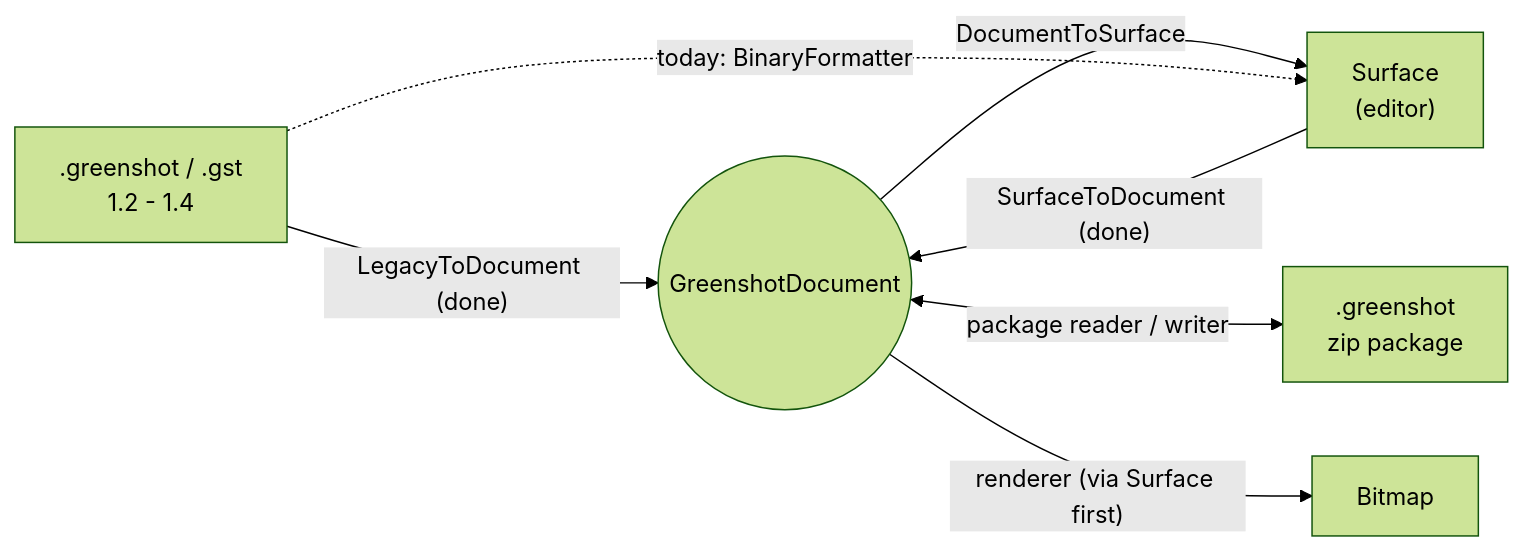
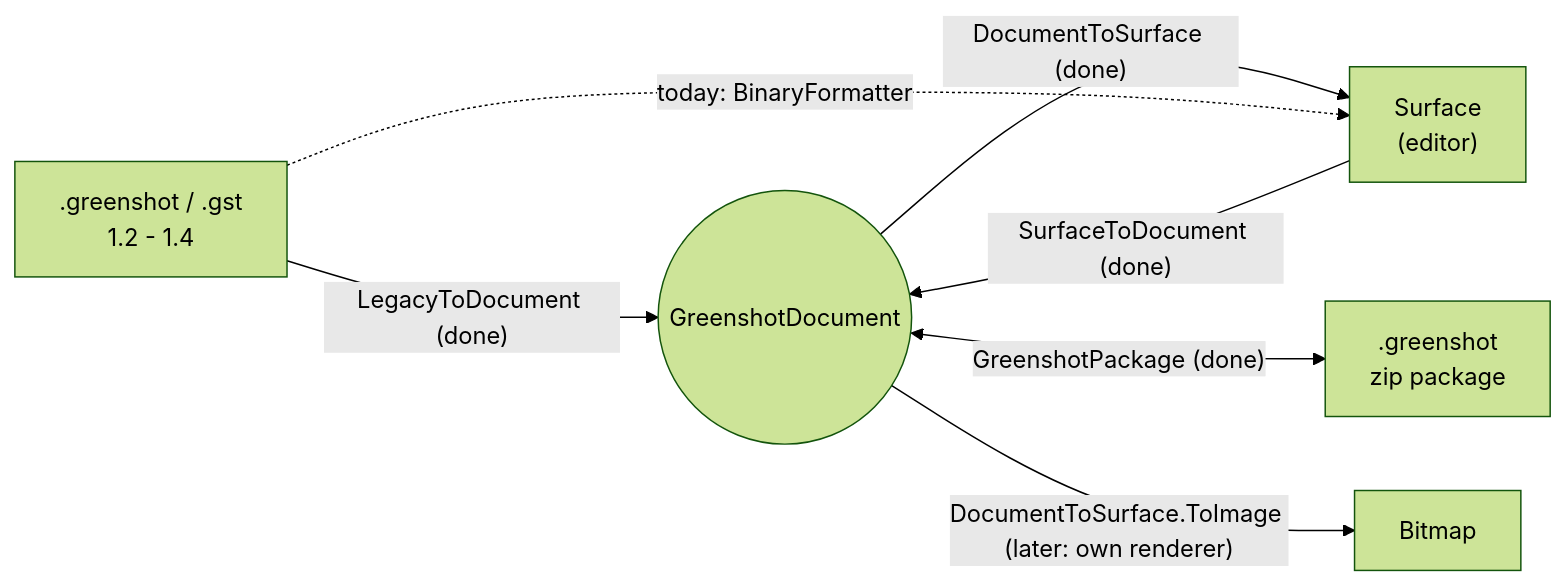
One commit to greenshot/greenshot changed the fifth of 5 diagrams in docs/document-model.md. Above: the diagram before and after it, drawn with Mermaid (forest theme). The commit also changed other lines of this file and 9 other files, not shown here.

First line of the commit message:
Write and read the document as a zip package, and map it back to a Surface

````diff
--- a/docs/document-model.md
+++ b/docs/document-model.md
@@ -175,15 +177,15 @@
 ```mermaid
 flowchart LR
     OldFile[".greenshot / .gst<br/>1.2 - 1.4"]
     NewFile[".greenshot<br/>zip package"]
     Surface["Surface<br/>(editor)"]
     Doc(("GreenshotDocument"))
     Bitmap["Bitmap"]
 
     Surface -->|"SurfaceToDocument (done)"| Doc
     OldFile -->|"LegacyToDocument (done)"| Doc
-    Doc -->|"DocumentToSurface"| Surface
-    Doc <-->|"package reader / writer"| NewFile
-    Doc -->|"renderer (via Surface first)"| Bitmap
+    Doc -->|"DocumentToSurface (done)"| Surface
+    Doc <-->|"GreenshotPackage (done)"| NewFile
+    Doc -->|"DocumentToSurface.ToImage (later: own renderer)"| Bitmap
     OldFile -.->|"today: BinaryFormatter"| Surface
 ```
````
